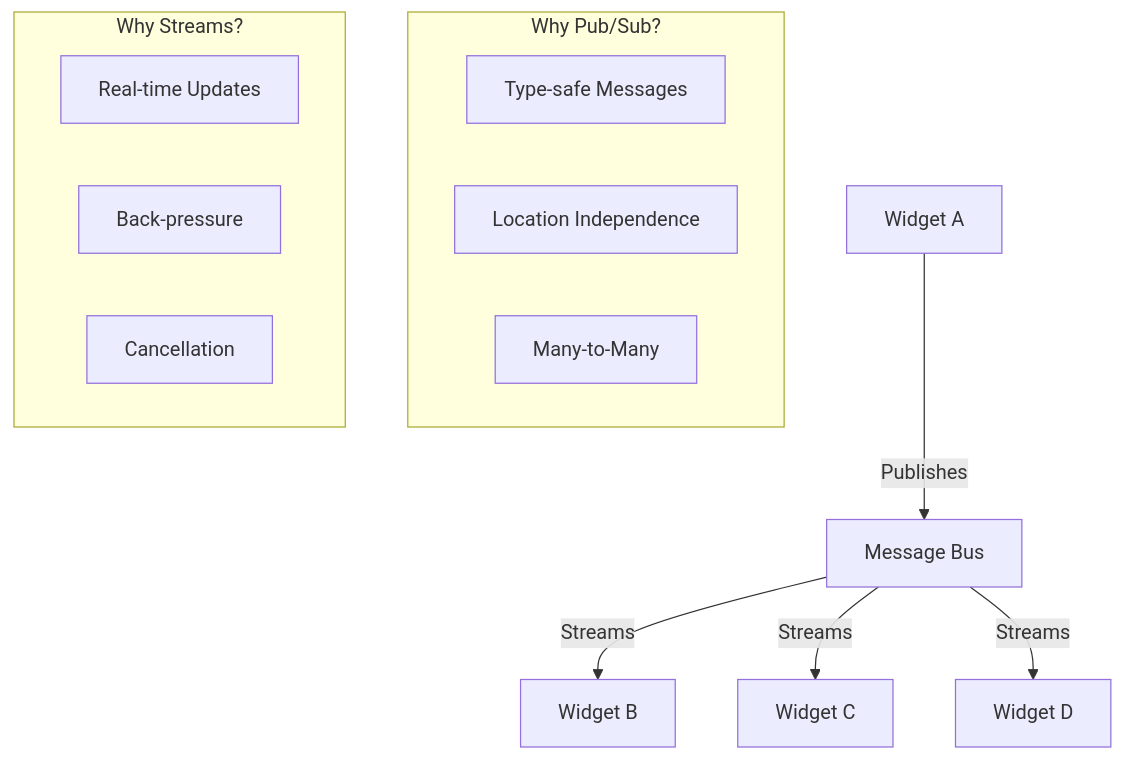
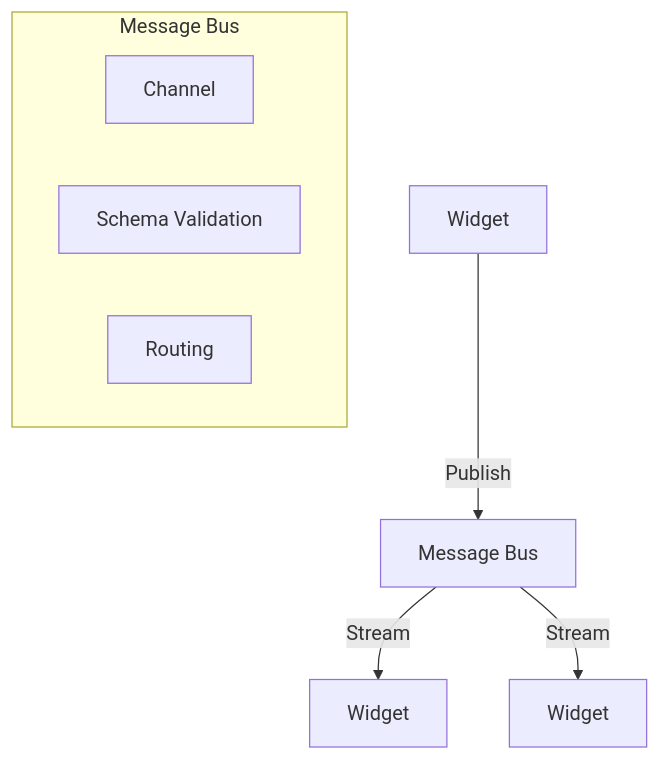
The first of 3 diagrams in dream/001-widget-communication.md (usirin/monorepo), drawn with Mermaid before and after one commit. The commit also changed other lines of this file, not shown here.

````diff
--- a/dream/001-widget-communication.md
+++ b/dream/001-widget-communication.md
@@ -45,19 +45,12 @@
 ```mermaid
 graph TD
-    A[Widget A] -->|Publishes| B[Message Bus]
-    B -->|Streams| C[Widget B]
-    B -->|Streams| D[Widget C]
-    B -->|Streams| E[Widget D]
+    A[Widget] -->|Publish| B[Message Bus]
+    B -->|Stream| C[Widget]
+    B -->|Stream| D[Widget]
     
-    subgraph "Why Pub/Sub?"
-        F[Type-safe Messages]
-        G[Location Independence]
-        H[Many-to-Many]
-    end
-    
-    subgraph "Why Streams?"
-        I[Real-time Updates]
-        J[Back-pressure]
-        K[Cancellation]
+    subgraph "Message Bus"
+        E[Channel]
+        F[Schema Validation]
+        G[Routing]
     end
 ```
````
